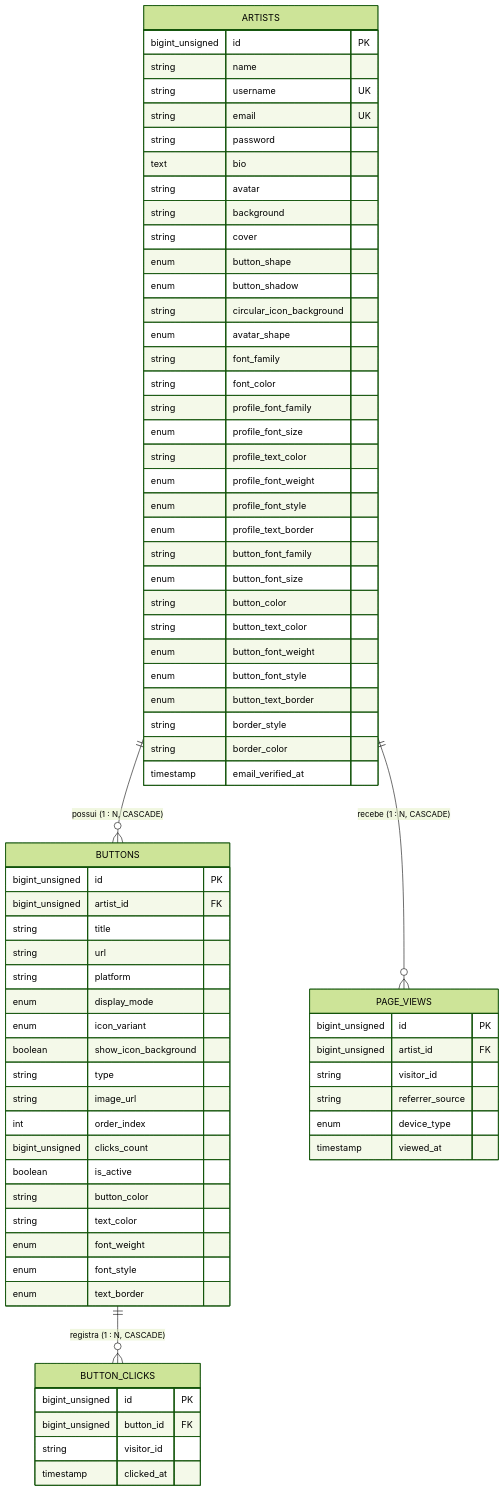
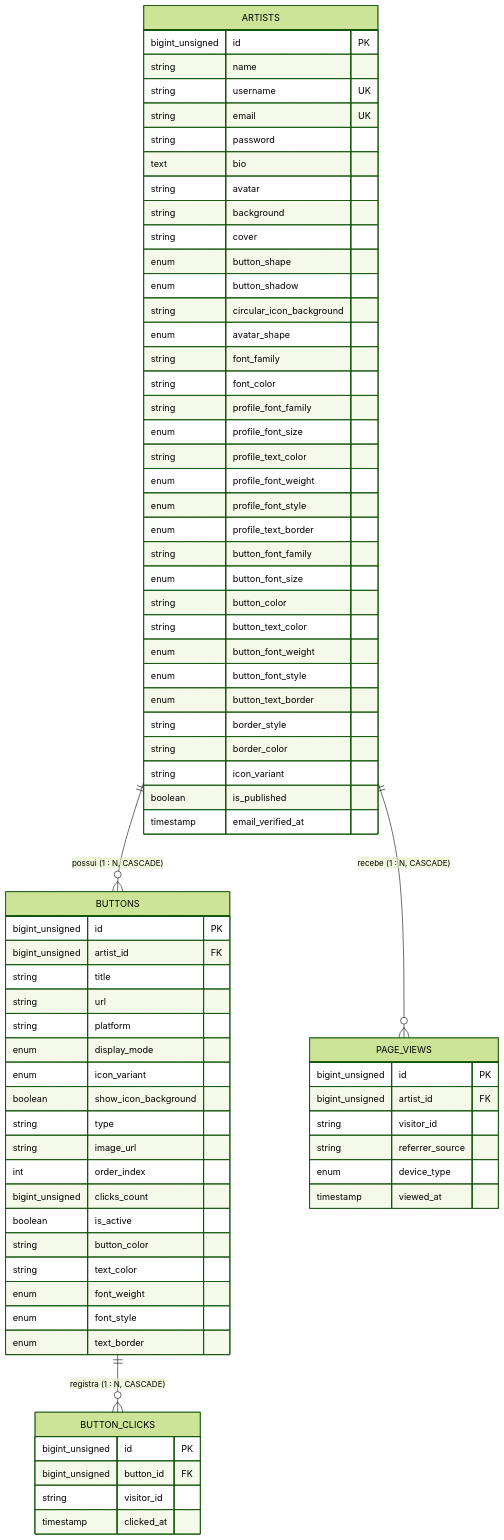
The diagram in context/api_contracts.md (pinhogo/assinart_v1-back), drawn with Mermaid (forest theme) before and after one commit. The commit also changed other lines of this file and 8 other files, not shown here.

````diff
--- a/context/api_contracts.md
+++ b/context/api_contracts.md
@@ -443,77 +459,79 @@
 ```mermaid
 erDiagram
     ARTISTS ||--o{ BUTTONS : "possui (1 : N, CASCADE)"
     ARTISTS ||--o{ PAGE_VIEWS : "recebe (1 : N, CASCADE)"
     BUTTONS ||--o{ BUTTON_CLICKS : "registra (1 : N, CASCADE)"
 
     PAGE_VIEWS {
         bigint_unsigned id PK
         bigint_unsigned artist_id FK
         string visitor_id
         string referrer_source
         enum device_type
         timestamp viewed_at
     }
 
     BUTTON_CLICKS {
         bigint_unsigned id PK
         bigint_unsigned button_id FK
         string visitor_id
         timestamp clicked_at
     }
 
     ARTISTS {
         bigint_unsigned id PK
         string name
         string username UK
         string email UK
         string password
         text bio
         string avatar
         string background
         string cover
         enum button_shape
         enum button_shadow
         string circular_icon_background
         enum avatar_shape
         string font_family
         string font_color
         string profile_font_family
         enum profile_font_size
         string profile_text_color
         enum profile_font_weight
         enum profile_font_style
         enum profile_text_border
         string button_font_family
         enum button_font_size
         string button_color
         string button_text_color
         enum button_font_weight
         enum button_font_style
         enum button_text_border
         string border_style
         string border_color
+        string icon_variant
+        boolean is_published
         timestamp email_verified_at
     }
 
     BUTTONS {
         bigint_unsigned id PK
         bigint_unsigned artist_id FK
         string title
         string url
         string platform
         enum display_mode
         enum icon_variant
         boolean show_icon_background
         string type
         string image_url
         int order_index
         bigint_unsigned clicks_count
         boolean is_active
         string button_color
         string text_color
         enum font_weight
         enum font_style
         enum text_border
     }
 ```
````
